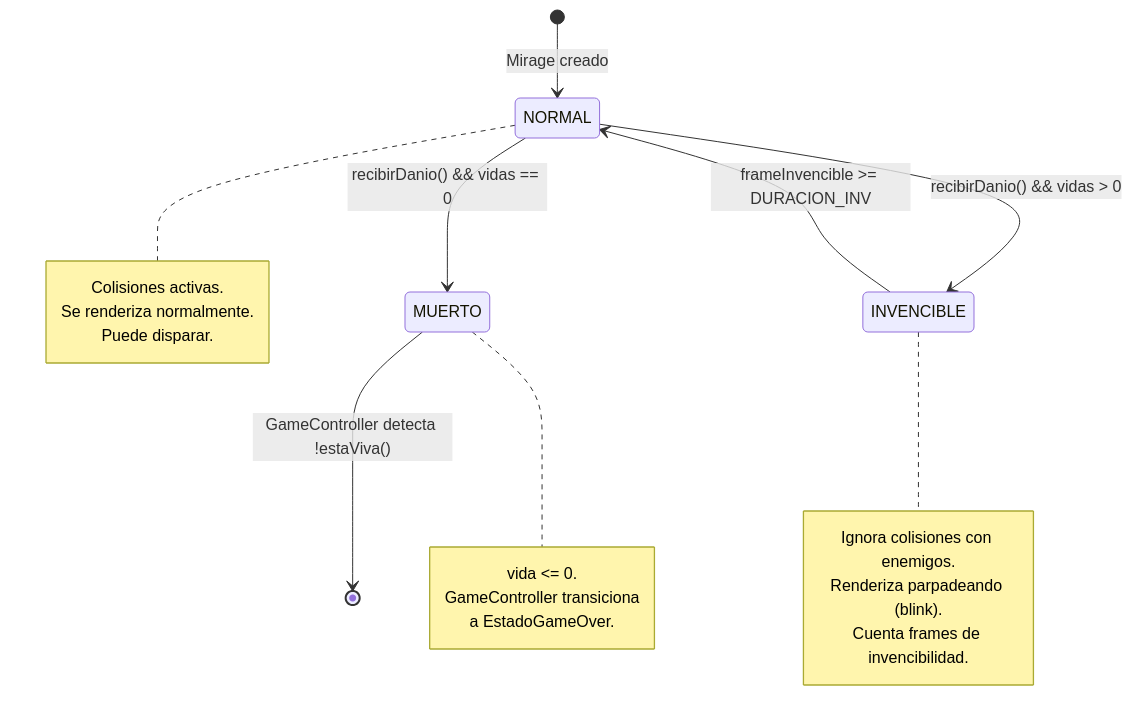
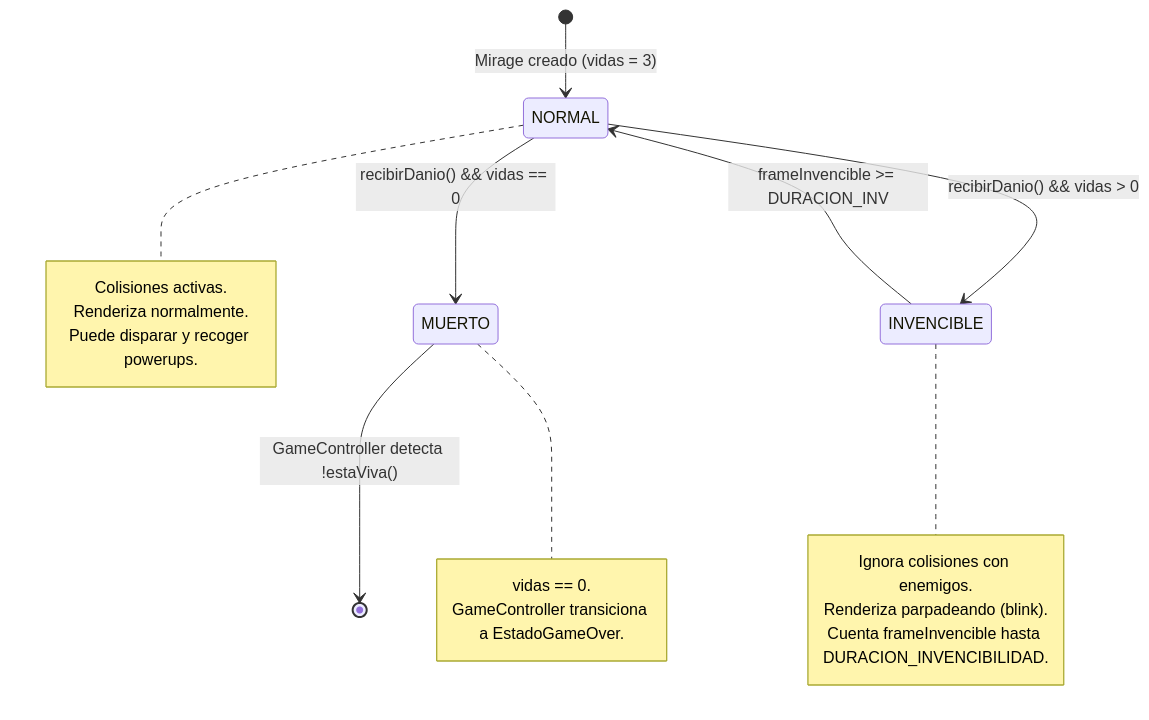
The second of 5 diagrams in docs/diseño/diagramas-estado.md (Christian-Rojas-Rodriguez/juego-1982), drawn with Mermaid before and after one commit. The commit also changed other lines of this file and 3 other files, not shown here.

````diff
--- a/docs/diseño/diagramas-estado.md
+++ b/docs/diseño/diagramas-estado.md
@@ -60,29 +66,28 @@
 ```mermaid
 stateDiagram-v2
-    [*] --> NORMAL : Mirage creado
+    [*] --> NORMAL : Mirage creado (vidas = 3)
 
     NORMAL --> INVENCIBLE : recibirDanio() && vidas > 0
     INVENCIBLE --> NORMAL : frameInvencible >= DURACION_INV
 
     NORMAL --> MUERTO : recibirDanio() && vidas == 0
 
     MUERTO --> [*] : GameController detecta !estaViva()
 
     note right of NORMAL
         Colisiones activas.
-        Se renderiza normalmente.
-        Puede disparar.
+        Renderiza normalmente.
+        Puede disparar y recoger powerups.
     end note
 
     note right of INVENCIBLE
         Ignora colisiones con enemigos.
         Renderiza parpadeando (blink).
-        Cuenta frames de invencibilidad.
+        Cuenta frameInvencible hasta DURACION_INVENCIBILIDAD.
     end note
 
     note right of MUERTO
-        vida <= 0.
-        GameController transiciona
-        a EstadoGameOver.
+        vidas == 0.
+        GameController transiciona a EstadoGameOver.
     end note
 ```
````
